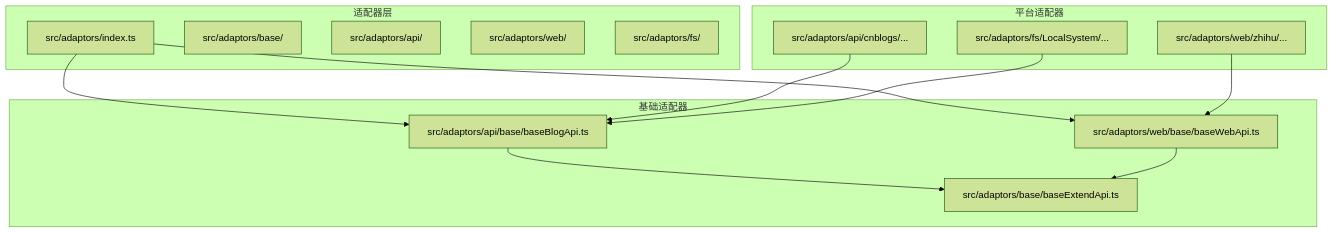
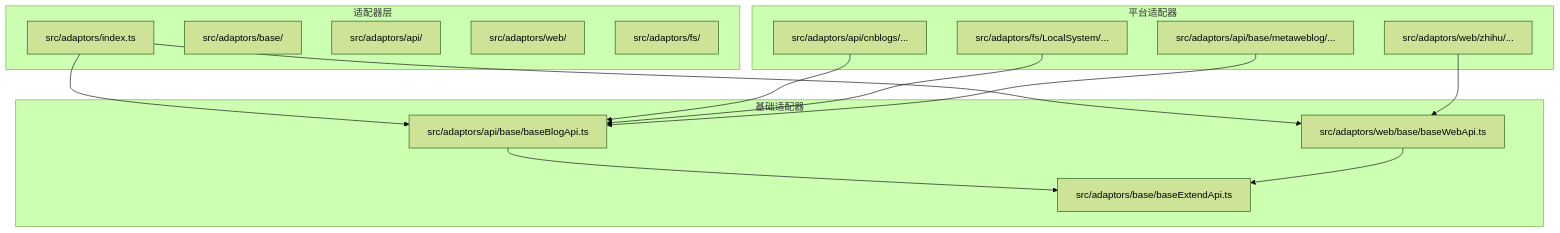
One commit to terwer/siyuan-plugin-publisher changed the first of 7 diagrams in .qoder/repowiki/zh/content/API参考文档/适配器API/适配器API.md. Above: the diagram before and after it, drawn with Mermaid (forest theme). The commit also changed other lines of this file and 15 other files, not shown here.

First line of the commit message:
refactor(proxy): redesign form upload transport to unified top-level architecture

````diff
--- a/.qoder/repowiki/zh/content/API参考文档/适配器API/适配器API.md
+++ b/.qoder/repowiki/zh/content/API参考文档/适配器API/适配器API.md
@@ -46,27 +54,29 @@
 ```mermaid
 graph TB
 subgraph "适配器层"
 A[src/adaptors/index.ts]
 B[src/adaptors/base/]
 C[src/adaptors/api/]
 D[src/adaptors/web/]
 E[src/adaptors/fs/]
 end
 subgraph "基础适配器"
 F[src/adaptors/api/base/baseBlogApi.ts]
 G[src/adaptors/web/base/baseWebApi.ts]
 H[src/adaptors/base/baseExtendApi.ts]
 end
 subgraph "平台适配器"
 I[src/adaptors/api/cnblogs/...]
 J[src/adaptors/web/zhihu/...]
 K[src/adaptors/fs/LocalSystem/...]
+L[src/adaptors/api/base/metaweblog/...]
 end
 A --> F
 A --> G
 F --> H
 G --> H
 I --> F
 J --> G
 K --> F
+L --> F
 ```
````
